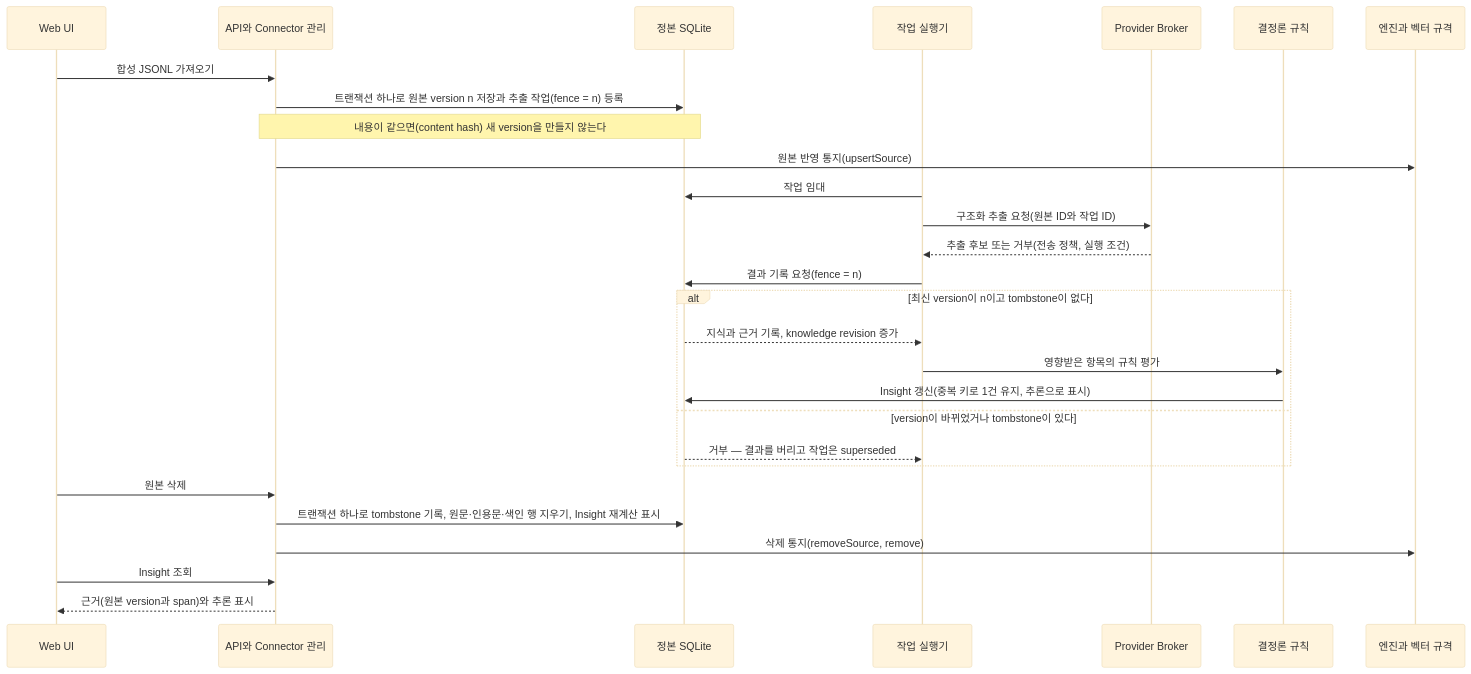
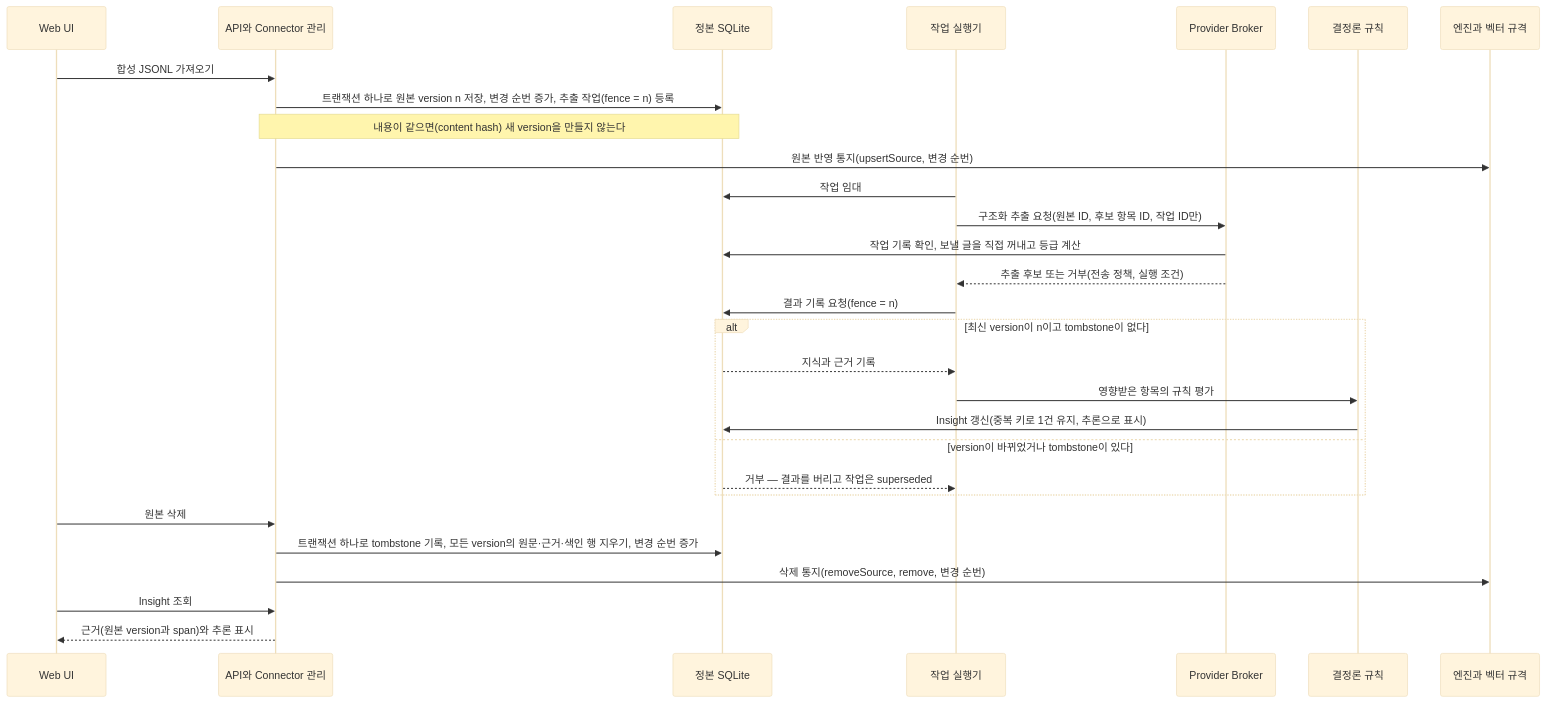
Before and after one commit to nohdol97/PKI: the second of 2 diagrams in docs/ARCHITECTURE.md, drawn with Mermaid (base theme). The commit also changed other lines of this file and 9 other files, not shown here.

````diff
--- a/docs/ARCHITECTURE.md
+++ b/docs/ARCHITECTURE.md
@@ -324,30 +345,31 @@
 ```mermaid
 sequenceDiagram
   participant UI as Web UI
   participant API as API와 Connector 관리
   participant DB as 정본 SQLite
   participant W as 작업 실행기
   participant B as Provider Broker
   participant R as 결정론 규칙
   participant P as 엔진과 벡터 규격
   UI->>API: 합성 JSONL 가져오기
-  API->>DB: 트랜잭션 하나로 원본 version n 저장과 추출 작업(fence = n) 등록
+  API->>DB: 트랜잭션 하나로 원본 version n 저장, 변경 순번 증가, 추출 작업(fence = n) 등록
   Note over API,DB: 내용이 같으면(content hash) 새 version을 만들지 않는다
-  API->>P: 원본 반영 통지(upsertSource)
+  API->>P: 원본 반영 통지(upsertSource, 변경 순번)
   W->>DB: 작업 임대
-  W->>B: 구조화 추출 요청(원본 ID와 작업 ID)
+  W->>B: 구조화 추출 요청(원본 ID, 후보 항목 ID, 작업 ID만)
+  B->>DB: 작업 기록 확인, 보낼 글을 직접 꺼내고 등급 계산
   B-->>W: 추출 후보 또는 거부(전송 정책, 실행 조건)
   W->>DB: 결과 기록 요청(fence = n)
   alt 최신 version이 n이고 tombstone이 없다
-    DB-->>W: 지식과 근거 기록, knowledge revision 증가
+    DB-->>W: 지식과 근거 기록
     W->>R: 영향받은 항목의 규칙 평가
     R->>DB: Insight 갱신(중복 키로 1건 유지, 추론으로 표시)
   else version이 바뀌었거나 tombstone이 있다
     DB-->>W: 거부 — 결과를 버리고 작업은 superseded
   end
   UI->>API: 원본 삭제
-  API->>DB: 트랜잭션 하나로 tombstone 기록, 원문·인용문·색인 행 지우기, Insight 재계산 표시
-  API->>P: 삭제 통지(removeSource, remove)
+  API->>DB: 트랜잭션 하나로 tombstone 기록, 모든 version의 원문·근거·색인 행 지우기, 변경 순번 증가
+  API->>P: 삭제 통지(removeSource, remove, 변경 순번)
   UI->>API: Insight 조회
   API-->>UI: 근거(원본 version과 span)와 추론 표시
 ```
````
